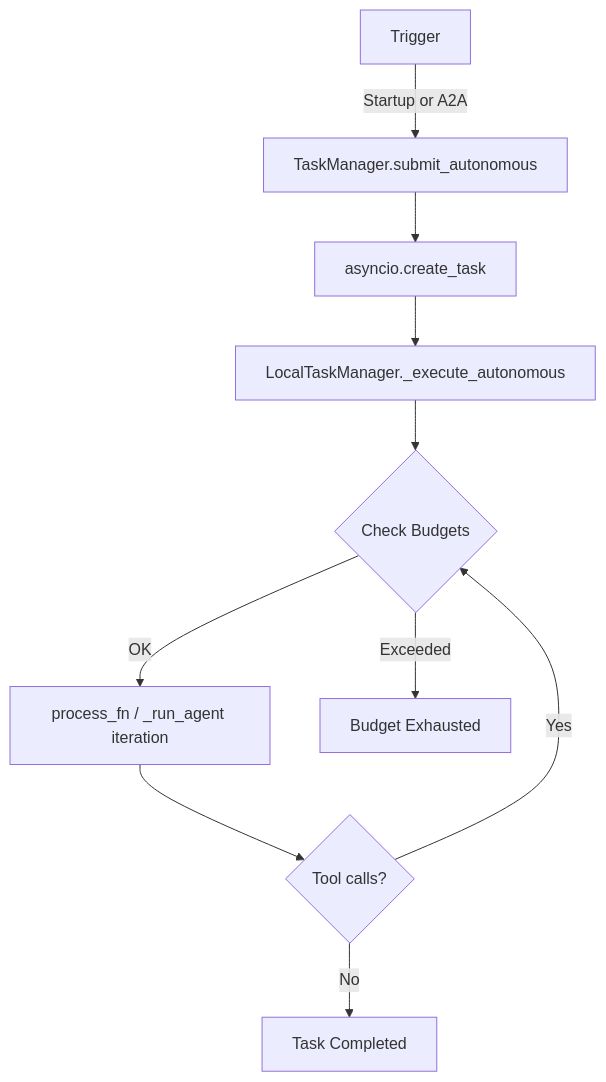
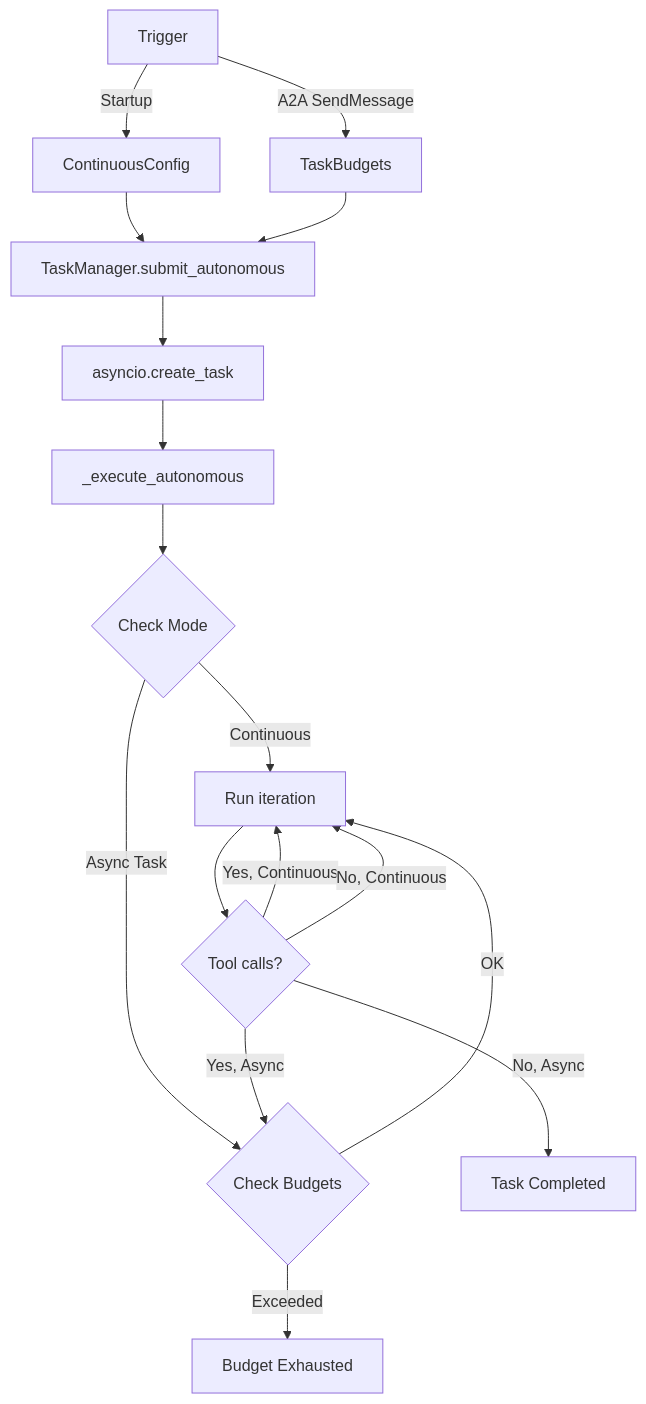
Before and after one commit to axsaucedo/kaos: the diagram in docs/python-framework/autonomous.md, drawn with Mermaid. The commit also changed other lines of this file and 4 other files, not shown here.

First line of the commit message:
docs: update autonomous docs for continuous vs async task architecture

````diff
--- a/docs/python-framework/autonomous.md
+++ b/docs/python-framework/autonomous.md
@@ -172,12 +204,19 @@
 ```mermaid
 graph TD
-    A[Trigger] -->|Startup or A2A| B[TaskManager.submit_autonomous]
-    B --> C[asyncio.create_task]
-    C --> D[LocalTaskManager._execute_autonomous]
-    D --> E{Check Budgets}
-    E -->|OK| F[process_fn / _run_agent iteration]
-    F --> G{Tool calls?}
-    G -->|Yes| E
-    G -->|No| H[Task Completed]
-    E -->|Exceeded| I[Budget Exhausted]
+    A[Trigger] -->|Startup| B1[ContinuousConfig]
+    A -->|A2A SendMessage| B2[TaskBudgets]
+    B1 --> C[TaskManager.submit_autonomous]
+    B2 --> C
+    C --> D[asyncio.create_task]
+    D --> E[_execute_autonomous]
+    E --> F{Check Mode}
+    F -->|Continuous| G[Run iteration]
+    F -->|Async Task| H{Check Budgets}
+    H -->|OK| G
+    G --> I{Tool calls?}
+    I -->|Yes, Continuous| G
+    I -->|Yes, Async| H
+    I -->|No, Async| J[Task Completed]
+    I -->|No, Continuous| G
+    H -->|Exceeded| K[Budget Exhausted]
 ```
````
